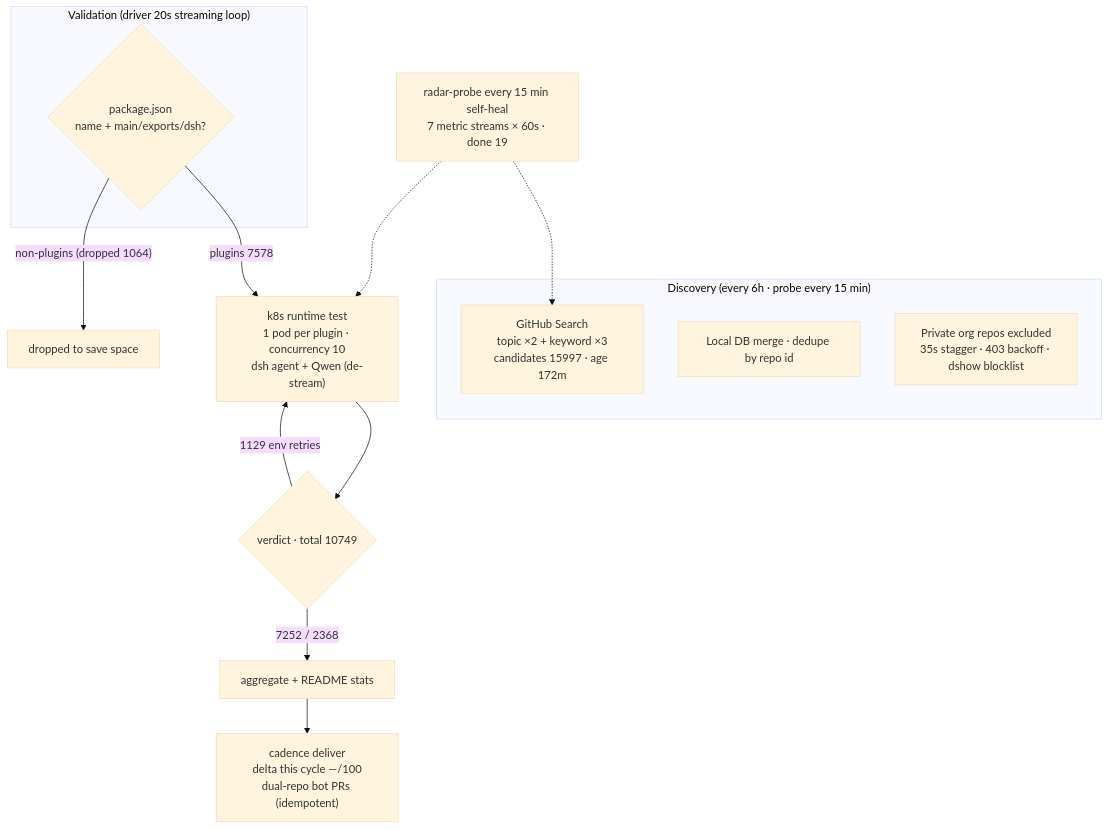
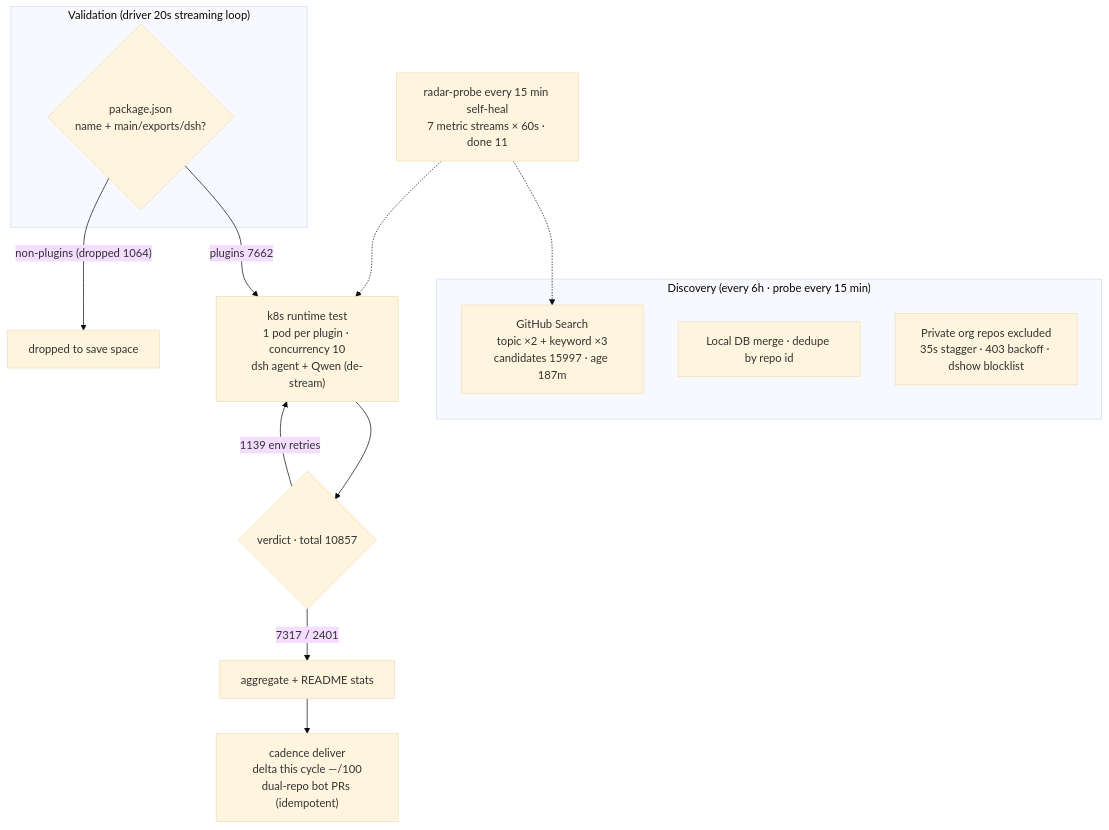
The diagram in README.en-US.md (AdamPlatin123/awesome-dsh-plugins), drawn with Mermaid (base theme) before and after one commit. The commit also changed other lines of this file and 4 other files, not shown here.

````diff
--- a/README.en-US.md
+++ b/README.en-US.md
@@ -45,20 +45,20 @@
 ```mermaid
 flowchart TB
     subgraph Discovery["Discovery (every 6h · probe every 15 min)"]
-        A1["GitHub Search<br/>topic ×2 + keyword ×3<br/>candidates 15997 · age 172m"]
+        A1["GitHub Search<br/>topic ×2 + keyword ×3<br/>candidates 15997 · age 187m"]
         A2["Local DB merge · dedupe by repo id"]
         A3["Private org repos excluded<br/>35s stagger · 403 backoff · dshow blocklist"]
     end
     subgraph Validation["Validation (driver 20s streaming loop)"]
         B1{"package.json<br/>name + main/exports/dsh?"}
     end
-    B1 -->|"plugins 7578"| C1["k8s runtime test<br/>1 pod per plugin · concurrency 10<br/>dsh agent + Qwen (de-stream)"]
+    B1 -->|"plugins 7662"| C1["k8s runtime test<br/>1 pod per plugin · concurrency 10<br/>dsh agent + Qwen (de-stream)"]
     B1 -->|"non-plugins (dropped 1064)"| B3["dropped to save space"]
-    C1 --> D1{"verdict · total 10749"}
-    D1 -->|"7252 / 2368"| E1["aggregate + README stats"]
-    D1 -->|"1129 env retries"| C1
+    C1 --> D1{"verdict · total 10857"}
+    D1 -->|"7317 / 2401"| E1["aggregate + README stats"]
+    D1 -->|"1139 env retries"| C1
     E1 --> E2["cadence deliver<br/>delta this cycle —/100<br/>dual-repo bot PRs (idempotent)"]
-    M["radar-probe every 15 min self-heal<br/>7 metric streams × 60s · done 19"]
+    M["radar-probe every 15 min self-heal<br/>7 metric streams × 60s · done 11"]
     M -.-> A1
     M -.-> C1
 ```
````
